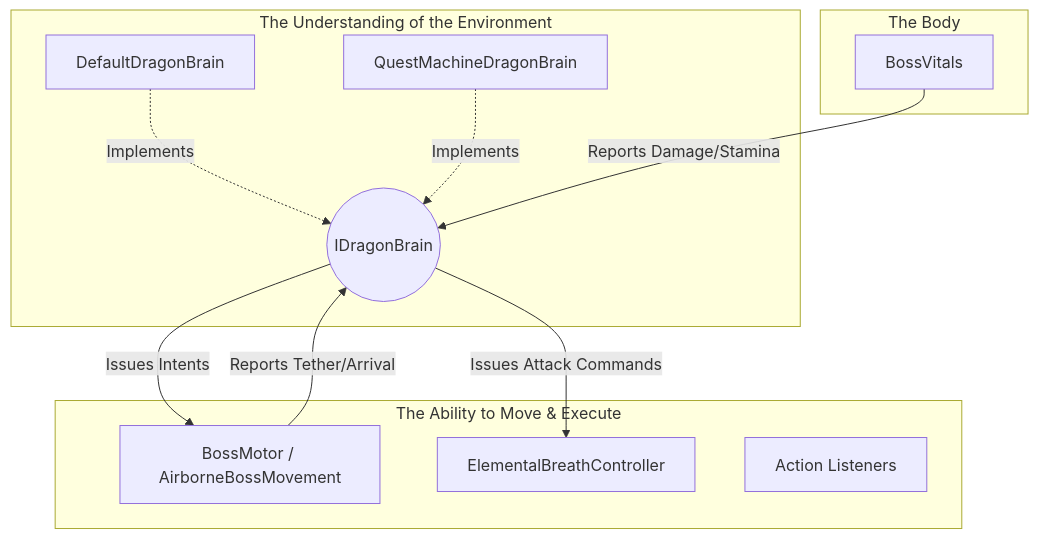
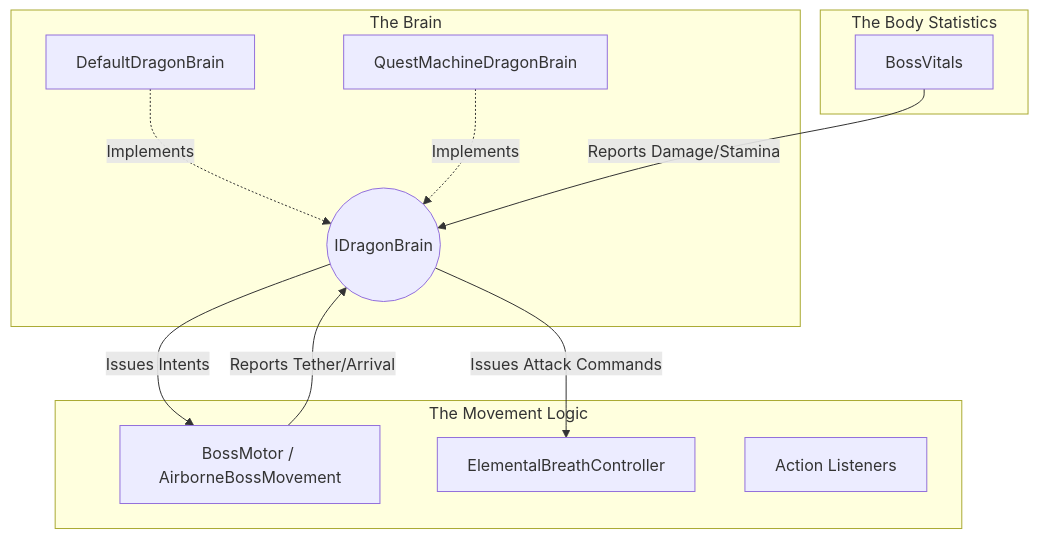
The diagram in Quest_Machine_Dragon_Brain_Docs.md (NatalieC001/dragonDump), drawn with Mermaid before and after one commit. The commit also changed other lines of this file, not shown here.

Commit message:
Add documentation for Quest Machine and Dragon Brain architecture

````diff
--- a/Quest_Machine_Dragon_Brain_Docs.md
+++ b/Quest_Machine_Dragon_Brain_Docs.md
@@ -52,26 +52,26 @@
 ```mermaid
 graph TD
-    subgraph The Body
+    subgraph The Body Statistics
         BV[BossVitals]
     end
 
-    subgraph The Understanding of the Environment
+    subgraph The Brain
         IDB((IDragonBrain))
         DDB[DefaultDragonBrain] -.->|Implements| IDB
         QMB[QuestMachineDragonBrain] -.->|Implements| IDB
     end
 
-    subgraph The Ability to Move & Execute
+    subgraph The Movement Logic
         ABM[BossMotor / AirborneBossMovement]
         EBC[ElementalBreathController]
         DAL[Action Listeners]
     end
 
     %% Event Reporting
     BV -- Reports Damage/Stamina --> IDB
     ABM -- Reports Tether/Arrival --> IDB
 
     %% Commands
     IDB -- Issues Intents --> ABM
     IDB -- Issues Attack Commands --> EBC
 ```
````
